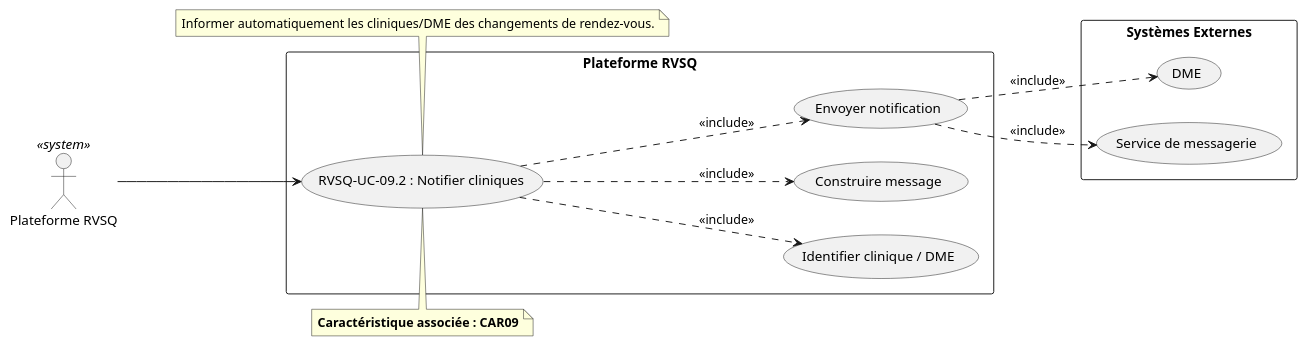
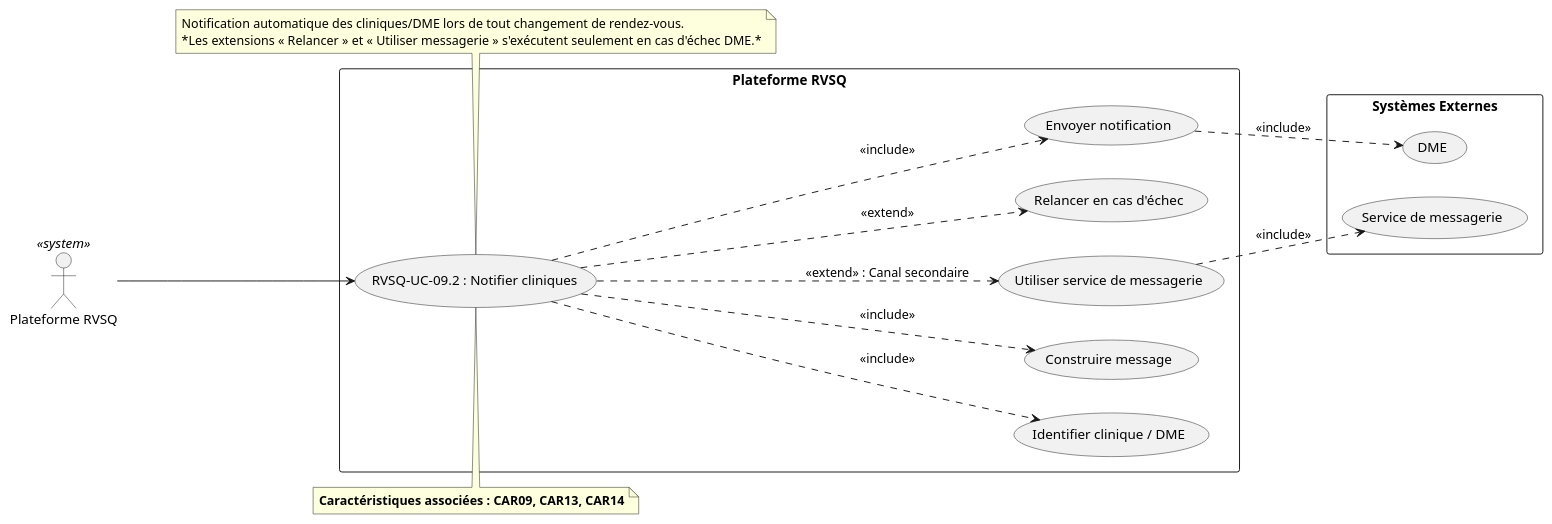
One commit to serghino/use-cases-RVSQ changed the diagram in RVSQ-UC-09_2_Notifier_Cliniques.puml. Above: the diagram before and after it, drawn with PlantUML. The commit also changed 23 other files, not shown here.

Commit message:
fix(B04,B06,B09): fix .md structure and add excludes when applicable to the diagrams

```diff
--- a/RVSQ-UC-09_2_Notifier_Cliniques.puml
+++ b/RVSQ-UC-09_2_Notifier_Cliniques.puml
@@ -1,33 +1,43 @@
 @startuml RVSQ-UC-09_2_Notifier_Cliniques
 left to right direction
 
 actor "Plateforme RVSQ" as RVSQActor <<system>>
 
 rectangle "Plateforme RVSQ" {
   usecase "RVSQ-UC-09.2 : Notifier cliniques" as UC092
   usecase "Identifier clinique / DME" as UC092_A
   usecase "Construire message" as UC092_B
   usecase "Envoyer notification" as UC092_C
+  usecase "Relancer en cas d'échec" as UC092_D
+  usecase "Utiliser service de messagerie" as UC092_E
 }
 
 rectangle "Systèmes Externes" {
   usecase "DME" as DME
   usecase "Service de messagerie" as MSG
 }
 
 RVSQActor --> UC092
+
+' --- Inclusions
 UC092 ..> UC092_A : <<include>>
 UC092 ..> UC092_B : <<include>>
 UC092 ..> UC092_C : <<include>>
 
+' --- Extensions conditionnelles
+UC092 ..> UC092_D : <<extend>>
+UC092 ..> UC092_E : <<extend>> : Canal secondaire
+
+' --- Interactions externes
 UC092_C ..> DME : <<include>>
-UC092_C ..> MSG : <<include>>
+UC092_E ..> MSG : <<include>>
 
 note top of UC092
-  **Caractéristique associée : CAR09**
+  **Caractéristiques associées : CAR09, CAR13, CAR14**
 end note
 
 note bottom of UC092
-  Informer automatiquement les cliniques/DME des changements de rendez-vous.
+  Notification automatique des cliniques/DME lors de tout changement de rendez-vous.
+  *Les extensions « Relancer » et « Utiliser messagerie » s'exécutent seulement en cas d'échec DME.*
 end note
 @enduml
```
